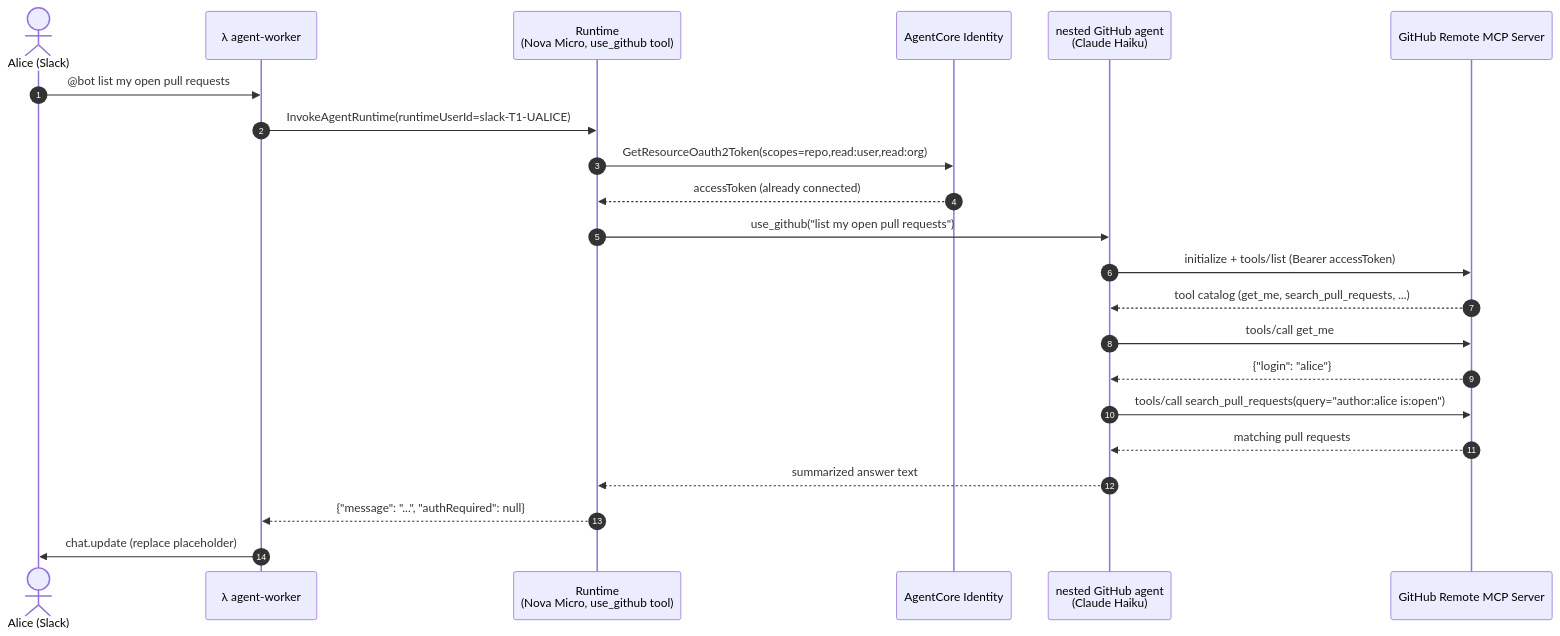
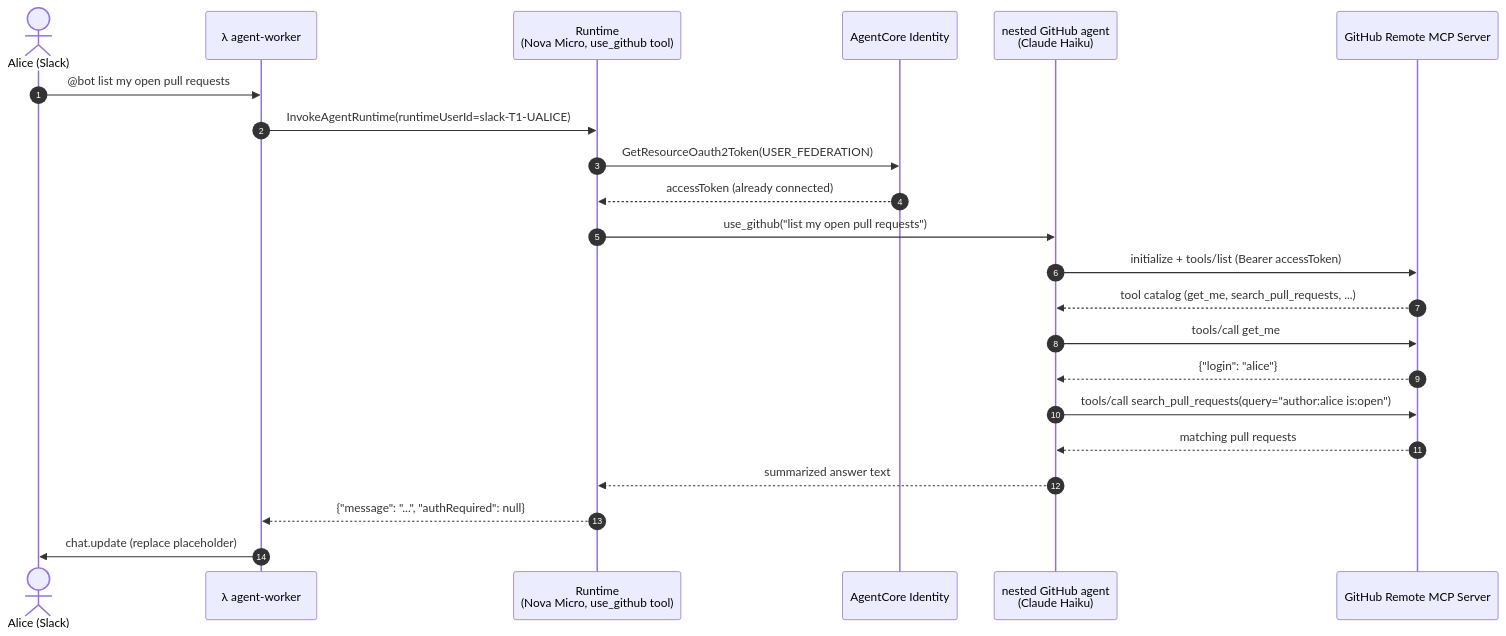
One commit to agent-runtime-labs/slack-agentcore-app changed the fourth of 5 diagrams in docs/architecture.md. Above: the diagram before and after it, drawn with Mermaid. The commit also changed other lines of this file and 7 other files, not shown here.

````diff
--- a/docs/architecture.md
+++ b/docs/architecture.md
@@ -140,25 +140,25 @@
 ```mermaid
 sequenceDiagram
     autonumber
     actor A as Alice (Slack)
     participant W as λ agent-worker
     participant R as Runtime<br/>(Nova Micro, use_github tool)
     participant I as AgentCore Identity
     participant G as nested GitHub agent<br/>(Claude Haiku)
     participant MCP as GitHub Remote MCP Server
 
     A->>W: @bot list my open pull requests
     W->>R: InvokeAgentRuntime(runtimeUserId=slack-T1-UALICE)
-    R->>I: GetResourceOauth2Token(scopes=repo,read:user,read:org)
+    R->>I: GetResourceOauth2Token(USER_FEDERATION)
     I-->>R: accessToken (already connected)
     R->>G: use_github("list my open pull requests")
     G->>MCP: initialize + tools/list (Bearer accessToken)
     MCP-->>G: tool catalog (get_me, search_pull_requests, ...)
     G->>MCP: tools/call get_me
     MCP-->>G: {"login": "alice"}
     G->>MCP: tools/call search_pull_requests(query="author:alice is:open")
     MCP-->>G: matching pull requests
     G-->>R: summarized answer text
     R-->>W: {"message": "...", "authRequired": null}
     W->>A: chat.update (replace placeholder)
 ```
````
